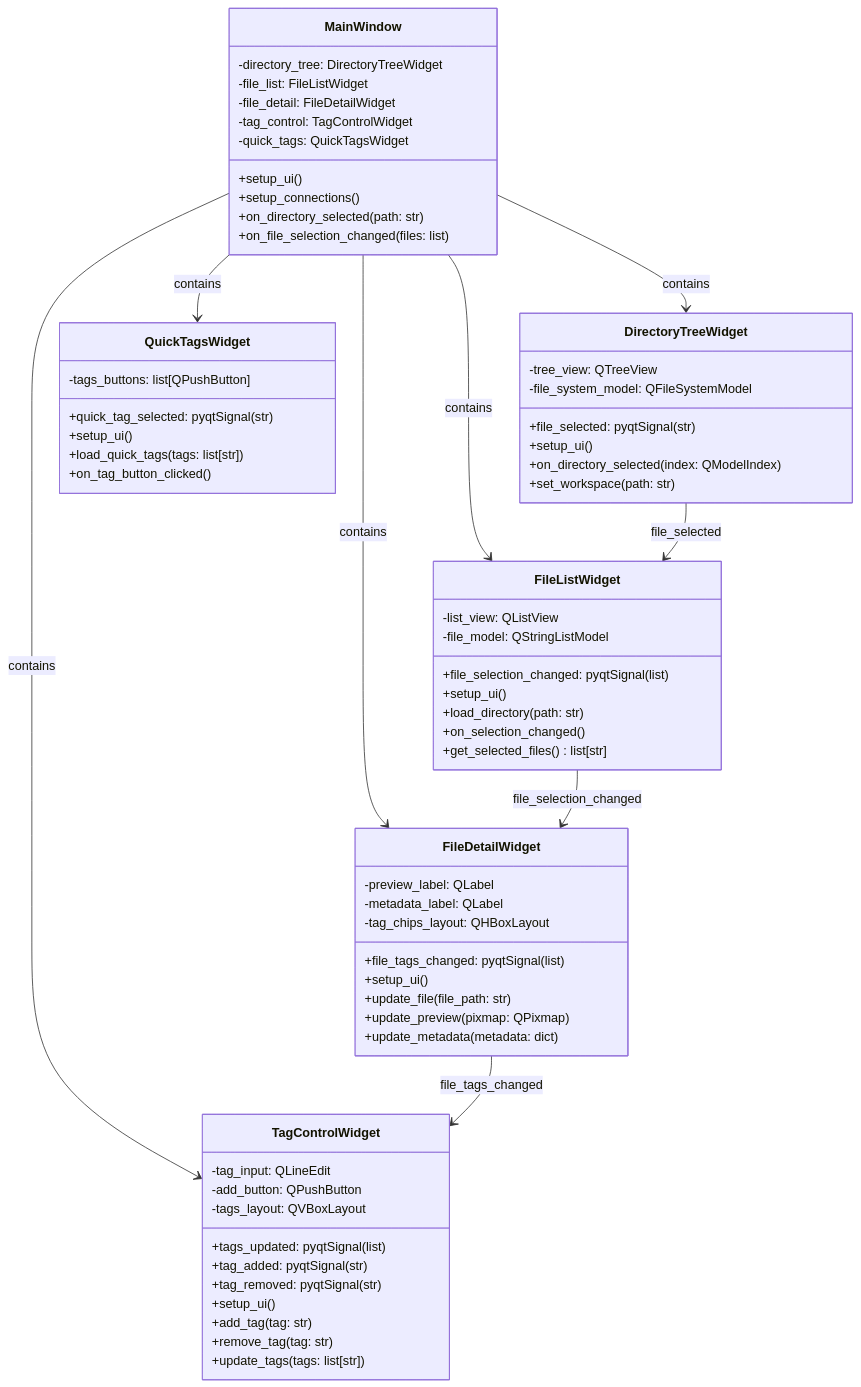
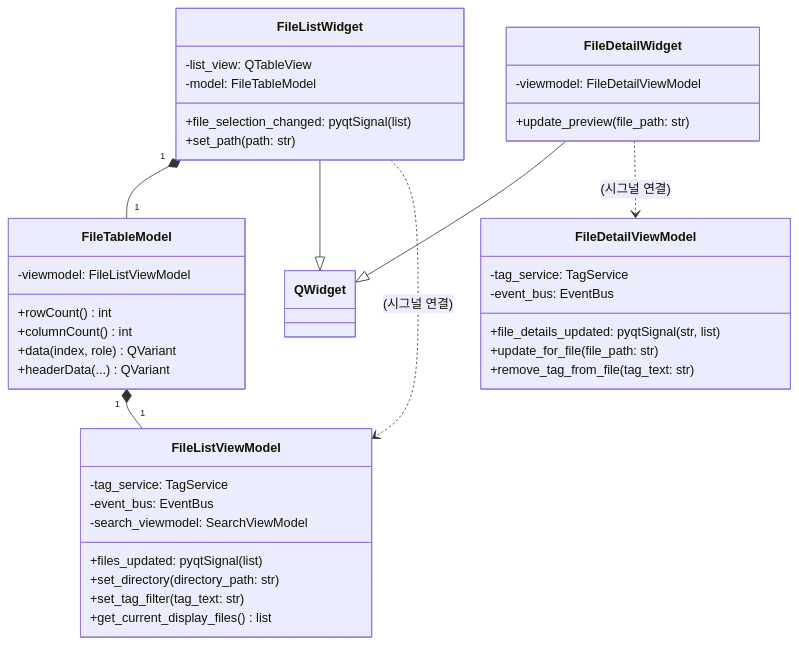
The third of 3 diagrams in docs/specifications/technical/TS-20250711-002_ui_component_system.md (Yamang02/PYQT5_FileTagger), drawn with Mermaid before and after one commit. The commit also changed other lines of this file and 3 other files, not shown here.

````diff
--- a/docs/specifications/technical/TS-20250711-002_ui_component_system.md
+++ b/docs/specifications/technical/TS-20250711-002_ui_component_system.md
@@ -96,75 +100,47 @@
 ```mermaid
 classDiagram
-    class MainWindow {
-        -directory_tree: DirectoryTreeWidget
-        -file_list: FileListWidget
-        -file_detail: FileDetailWidget
-        -tag_control: TagControlWidget
-        -quick_tags: QuickTagsWidget
-        +setup_ui()
-        +setup_connections()
-        +on_directory_selected(path: str)
-        +on_file_selection_changed(files: list)
+    class FileListWidget {
+        -list_view: QTableView
+        -model: FileTableModel
+        +file_selection_changed: pyqtSignal(list)
+        +set_path(path: str)
     }
-    
-    class DirectoryTreeWidget {
-        -tree_view: QTreeView
-        -file_system_model: QFileSystemModel
-        +file_selected: pyqtSignal(str)
-        +setup_ui()
-        +on_directory_selected(index: QModelIndex)
-        +set_workspace(path: str)
+
+    class FileListViewModel {
+        -tag_service: TagService
+        -event_bus: EventBus
+        -search_viewmodel: SearchViewModel
+        +files_updated: pyqtSignal(list)
+        +set_directory(directory_path: str)
+        +set_tag_filter(tag_text: str)
+        +get_current_display_files() list
     }
-    
-    class FileListWidget {
-        -list_view: QListView
-        -file_model: QStringListModel
-        +file_selection_changed: pyqtSignal(list)
-        +setup_ui()
-        +load_directory(path: str)
-        +on_selection_changed()
-        +get_selected_files() list[str]
+
+    class FileTableModel {
+        -viewmodel: FileListViewModel
+        +rowCount() int
+        +columnCount() int
+        +data(index, role) QVariant
+        +headerData(...) QVariant
     }
-    
+
     class FileDetailWidget {
-        -preview_label: QLabel
-        -metadata_label: QLabel
-        -tag_chips_layout: QHBoxLayout
-        +file_tags_changed: pyqtSignal(list)
-        +setup_ui()
-        +update_file(file_path: str)
-        +update_preview(pixmap: QPixmap)
-        +update_metadata(metadata: dict)
+        -viewmodel: FileDetailViewModel
+        +update_preview(file_path: str)
     }
-    
-    class TagControlWidget {
-        -tag_input: QLineEdit
-        -add_button: QPushButton
-        -tags_layout: QVBoxLayout
-        +tags_updated: pyqtSignal(list)
-        +tag_added: pyqtSignal(str)
-        +tag_removed: pyqtSignal(str)
-        +setup_ui()
-        +add_tag(tag: str)
-        +remove_tag(tag: str)
-        +update_tags(tags: list[str])
+
+    class FileDetailViewModel {
+        -tag_service: TagService
+        -event_bus: EventBus
+        +file_details_updated: pyqtSignal(str, list)
+        +update_for_file(file_path: str)
+        +remove_tag_from_file(tag_text: str)
     }
-    
-    class QuickTagsWidget {
-        -tags_buttons: list[QPushButton]
-        +quick_tag_selected: pyqtSignal(str)
-        +setup_ui()
-        +load_quick_tags(tags: list[str])
-        +on_tag_button_clicked()
-    }
-    
-    MainWindow --> DirectoryTreeWidget : contains
-    MainWindow --> FileListWidget : contains
-    MainWindow --> FileDetailWidget : contains
-    MainWindow --> TagControlWidget : contains
-    MainWindow --> QuickTagsWidget : contains
-    
-    DirectoryTreeWidget --> FileListWidget : file_selected
-    FileListWidget --> FileDetailWidget : file_selection_changed
-    FileDetailWidget --> TagControlWidget : file_tags_changed
+
+    FileListWidget "1" *-- "1" FileTableModel
+    FileTableModel "1" *-- "1" FileListViewModel
+    FileListWidget --|> QWidget
+    FileDetailWidget --|> QWidget
+    FileListWidget ..> FileListViewModel : (시그널 연결)
+    FileDetailWidget ..> FileDetailViewModel : (시그널 연결)
 ```
````
